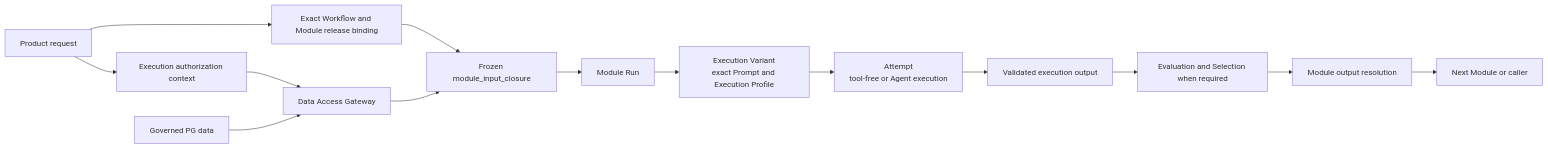
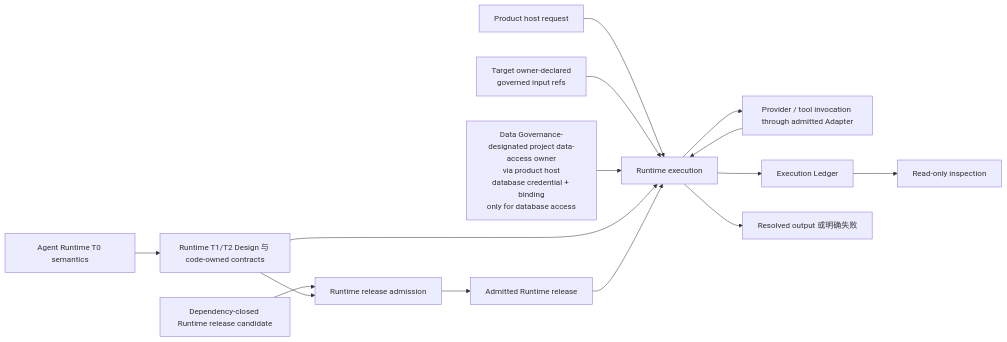
The diagram in src/agent_runtime/design_contract/the_agent_runtime.md (bobaoai/agent_runtime), drawn with Mermaid before and after one commit. The commit also changed other lines of this file and 80 other files, not shown here.

````diff
--- a/src/agent_runtime/design_contract/the_agent_runtime.md
+++ b/src/agent_runtime/design_contract/the_agent_runtime.md
@@ -154,16 +80,17 @@
 ```mermaid
 flowchart LR
-    REQUEST["Product request"] --> AUTH["Execution authorization context"]
-    REQUEST --> BIND["Exact Workflow and Module release binding"]
-    AUTH --> GATE["Data Access Gateway"]
-    PG["Governed PG data"] --> GATE
-    BIND --> INPUT["Frozen module_input_closure"]
-    GATE --> INPUT
-    INPUT --> RUN["Module Run"]
-    RUN --> VARIANT["Execution Variant<br/>exact Prompt and Execution Profile"]
-    VARIANT --> ATTEMPT["Attempt<br/>tool-free or Agent execution"]
-    ATTEMPT --> OUTPUT["Validated execution output"]
-    OUTPUT --> EVAL["Evaluation and Selection when required"]
-    EVAL --> RESOLVE["Module output resolution"]
-    RESOLVE --> NEXT["Next Module or caller"]
+    T0["Agent Runtime T0 semantics"] --> T1["Runtime T1/T2 Design 与 code-owned contracts"]
+    C["Dependency-closed Runtime release candidate"] --> A["Runtime release admission"]
+    T1 --> A
+    A --> R["Admitted Runtime release"]
+    H["Product host request"] --> E["Runtime execution"]
+    X["Target owner-declared<br/>governed input refs"] --> E
+    D["Data Governance-designated project data-access owner<br/>via product host<br/>database credential + binding<br/>only for database access"] --> E
+    T1 --> E
+    R --> E
+    E --> I["Provider / tool invocation through admitted Adapter"]
+    I --> E
+    E --> L["Execution Ledger"]
+    E --> O["Resolved output 或明确失败"]
+    L --> P["Read-only inspection"]
 ```
````
